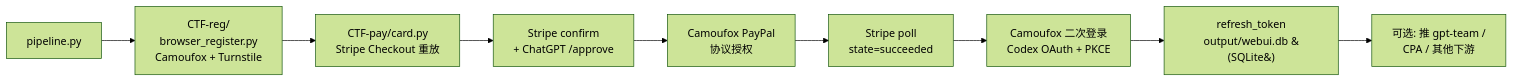
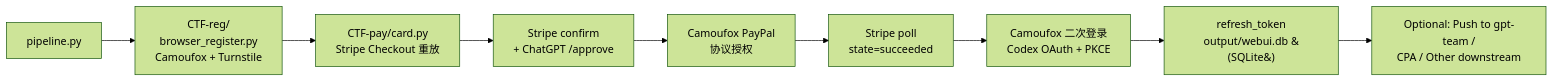
One commit to DanOps-1/Gpt-Agreement-Payment changed the diagram in docs/architecture.md. Above: the diagram before and after it, drawn with Mermaid (forest theme). The commit also changed other lines of this file and 61 other files, not shown here.

````diff
--- a/docs/architecture.md
+++ b/docs/architecture.md
@@ -7,11 +7,11 @@
 ```mermaid
 flowchart LR
     A[pipeline.py] --> B[CTF-reg/<br/>browser_register.py<br/>Camoufox + Turnstile]
     B --> C[CTF-pay/card.py<br/>Stripe Checkout 重放]
     C --> D[Stripe confirm<br/>+ ChatGPT /approve]
     D --> E[Camoufox PayPal<br/>协议授权]
     E --> F[Stripe poll<br/>state=succeeded]
     F --> G[Camoufox 二次登录<br/>Codex OAuth + PKCE]
     G --> H[refresh_token<br/>output/webui.db &#40;SQLite&#41;]
-    H --> I[可选: 推 gpt-team /<br/>CPA / 其他下游]
+    H --> I[Optional: Push to gpt-team /<br/>CPA / Other downstream]
 ```
````
